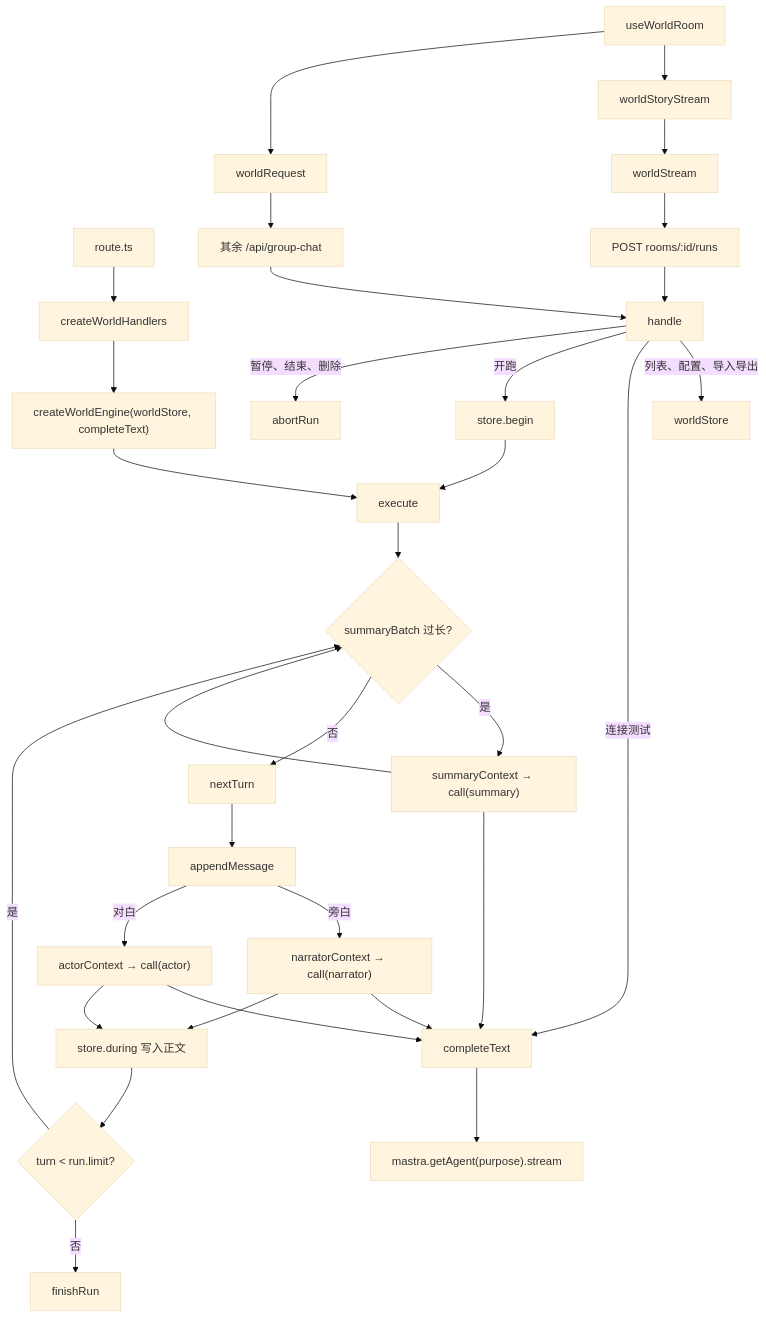
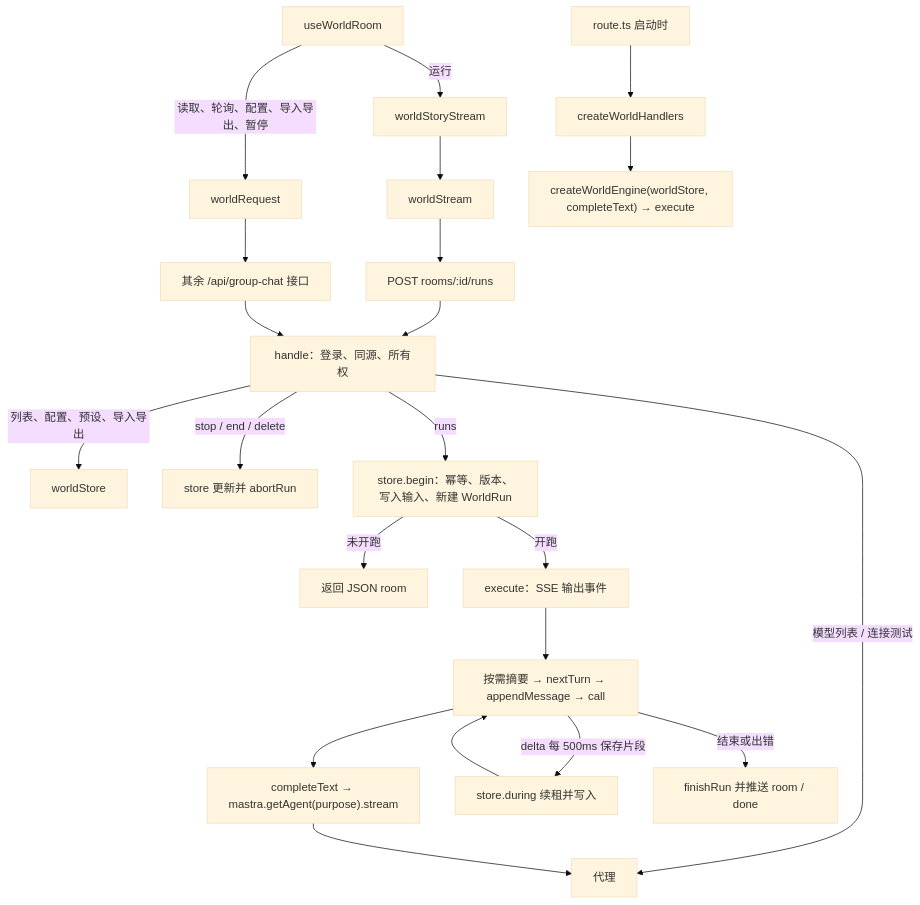
Before and after one commit to marvin-season/landing-page: the third of 5 diagrams in docs/open-world/flowcharts.md, drawn with Mermaid (base theme). The commit also changed other lines of this file and 7 other files, not shown here.

````diff
--- a/docs/open-world/flowcharts.md
+++ b/docs/open-world/flowcharts.md
@@ -84,34 +85,24 @@
 ```mermaid
 flowchart TD
-  route[route.ts] --> handlers[createWorldHandlers]
-  handlers --> engine["createWorldEngine(worldStore, completeText)"]
-  engine --> execute[execute]
-  ui[useWorldRoom] --> story[worldStoryStream]
-  ui --> request[worldRequest]
+  ui[useWorldRoom] -->|读取、轮询、配置、导入导出、暂停| request[worldRequest]
+  ui -->|运行| story[worldStoryStream]
   story --> stream[worldStream]
   stream --> runs["POST rooms/:id/runs"]
-  request --> other["其余 /api/group-chat"]
-  runs --> handle[handle]
+  request --> other["其余 /api/group-chat 接口"]
+  route[route.ts 启动时] --> handlers[createWorldHandlers]
+  handlers --> engine["createWorldEngine(worldStore, completeText) → execute"]
+  runs --> handle[handle：登录、同源、所有权]
   other --> handle
-  handle -->|列表、配置、导入导出| store[worldStore]
-  handle -->|连接测试| complete[completeText]
-  handle -->|开跑| begin[store.begin]
-  begin --> execute
-  handle -->|暂停、结束、删除| abort[abortRun]
-  execute --> batch{summaryBatch 过长?}
-  batch -->|是| summary["summaryContext → call(summary)"]
-  summary --> complete
-  summary --> batch
-  batch -->|否| plan[nextTurn]
-  plan --> draft[appendMessage]
-  draft -->|旁白| narrator["narratorContext → call(narrator)"]
-  draft -->|对白| actor["actorContext → call(actor)"]
-  narrator --> complete
-  actor --> complete
-  complete --> agent["mastra.getAgent(purpose).stream"]
-  narrator --> saved[store.during 写入正文]
-  actor --> saved
-  saved --> more{turn < run.limit?}
-  more -->|是| batch
-  more -->|否| finish[finishRun]
+  handle -->|列表、配置、预设、导入导出| store[worldStore]
+  handle -->|模型列表 / 连接测试| proxy[代理]
+  handle -->|stop / end / delete| abort[store 更新并 abortRun]
+  handle -->|runs| begin[store.begin：幂等、版本、写入输入、新建 WorldRun]
+  begin -->|未开跑| json[返回 JSON room]
+  begin -->|开跑| execute[execute：SSE 输出事件]
+  execute --> loop[按需摘要 → nextTurn → appendMessage → call]
+  loop --> complete["completeText → mastra.getAgent(purpose).stream"]
+  complete --> proxy
+  loop -->|delta 每 500ms 保存片段| during[store.during 续租并写入]
+  during --> loop
+  loop -->|结束或出错| finishRun[finishRun 并推送 room / done]
 ```
````
